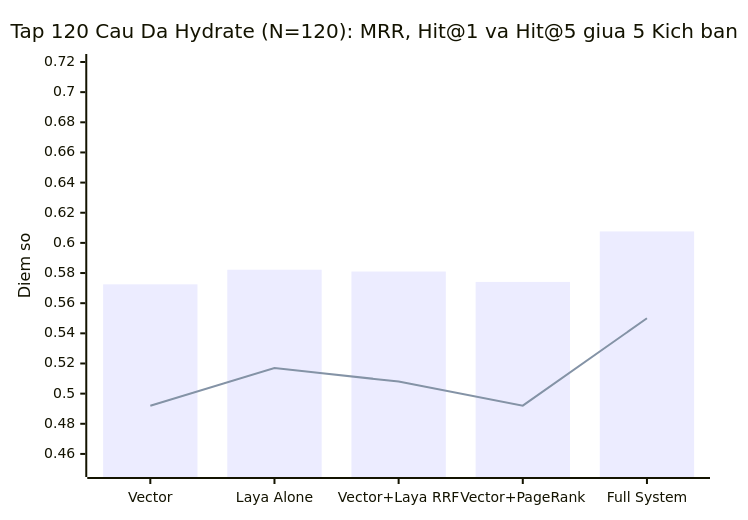
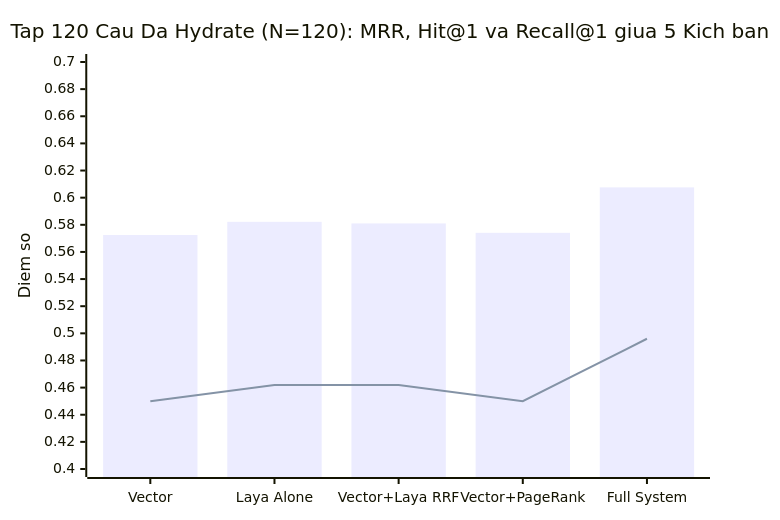
One commit to QuangManhAI/RAG_TS changed the second of 3 diagrams in docs/research/laya-jev.md. Above: the diagram before and after it, drawn with Mermaid. The commit also changed other lines of this file, not shown here.

Commit message:
[docs] add Recall@1 column and calculation to laya-jev.md

````diff
--- a/docs/research/laya-jev.md
+++ b/docs/research/laya-jev.md
@@ -45,8 +45,8 @@
 ```mermaid
 xychart-beta
-    title "Tap 120 Cau Da Hydrate (N=120): MRR, Hit@1 va Hit@5 giua 5 Kich ban"
+    title "Tap 120 Cau Da Hydrate (N=120): MRR, Hit@1 va Recall@1 giua 5 Kich ban"
     x-axis ["Vector", "Laya Alone", "Vector+Laya RRF", "Vector+PageRank", "Full System"]
-    y-axis "Diem so" 0.45 --> 0.72
+    y-axis "Diem so" 0.40 --> 0.70
     bar [0.5725, 0.5822, 0.5810, 0.5741, 0.6076]
-    line [0.492, 0.517, 0.508, 0.492, 0.550]
+    line [0.450, 0.462, 0.462, 0.450, 0.496]
 ```
````
